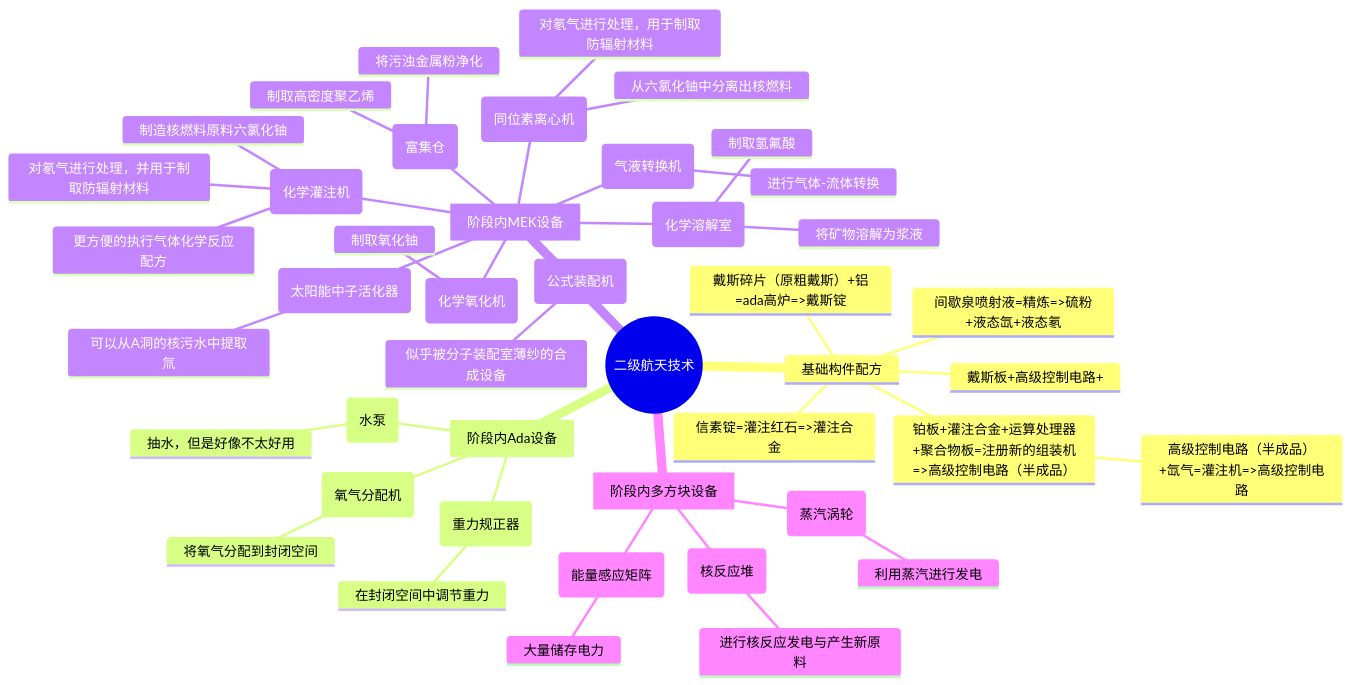
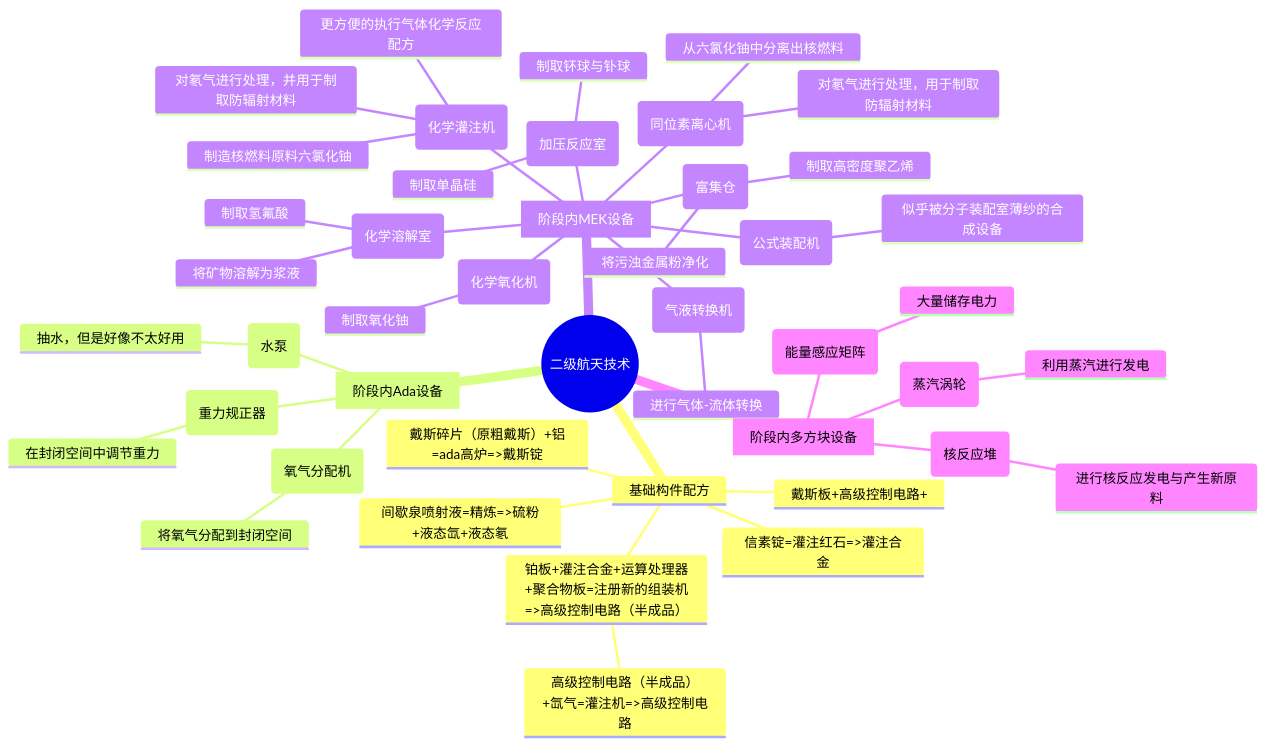
Before and after one commit to VechniMetel/CodeNameCIM2: the second of 4 diagrams in Developer/TechTreeMap.md, drawn with Mermaid. The commit also changed 3 other files, not shown here.

````diff
--- a/Developer/TechTreeMap.md
+++ b/Developer/TechTreeMap.md
@@ -35,47 +34,48 @@
 ``` mermaid
 mindmap
     root((二级航天技术))
         基础构件配方
             戴斯碎片（原粗戴斯）+铝=ada高炉=>戴斯锭
             信素锭=灌注红石=>灌注合金
             间歇泉喷射液=精炼=>硫粉+液态氙+液态氡
             铂板+灌注合金+运算处理器+聚合物板=注册新的组装机=>高级控制电路（半成品）
                 高级控制电路（半成品）+氙气=灌注机=>高级控制电路
             戴斯板+高级控制电路+
         [阶段内Ada设备]
             (水泵)
                 抽水，但是好像不太好用
             (氧气分配机)
                 将氧气分配到封闭空间
             (重力规正器)
                 在封闭空间中调节重力
         [阶段内MEK设备]
             (富集仓)
                 将污浊金属粉净化
                 制取高密度聚乙烯
             (公式装配机)
                 似乎被分子装配室薄纱的合成设备
             (化学灌注机)
                 更方便的执行气体化学反应配方
                 制造核燃料原料六氯化铀
                 对氡气进行处理，并用于制取防辐射材料
             (化学氧化机)
                 制取氧化铀
             (化学溶解室)
                 制取氢氟酸
                 将矿物溶解为浆液
+            (加压反应室)
+                制取钚球与钋球
+                制取单晶硅
             (同位素离心机)
                 从六氯化铀中分离出核燃料
                 对氡气进行处理，用于制取防辐射材料
             (气液转换机)
                 进行气体-流体转换
-            (太阳能中子活化器)
-                可以从A洞的核污水中提取氚
         [阶段内多方块设备]
             (能量感应矩阵)
                 大量储存电力
             (蒸汽涡轮)
                 利用蒸汽进行发电
             (核反应堆)
                 进行核反应发电与产生新原料
 ```
````
